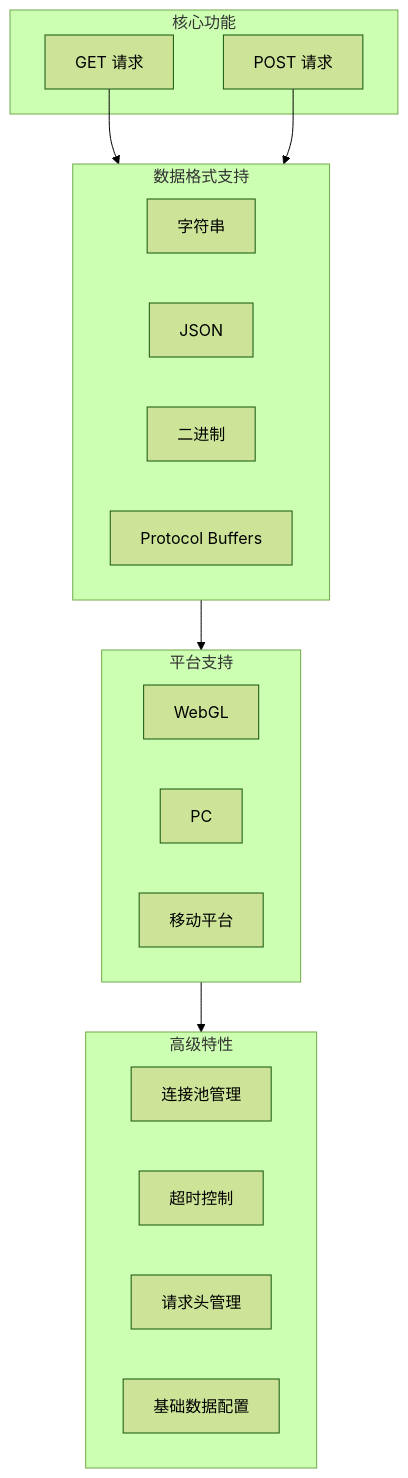
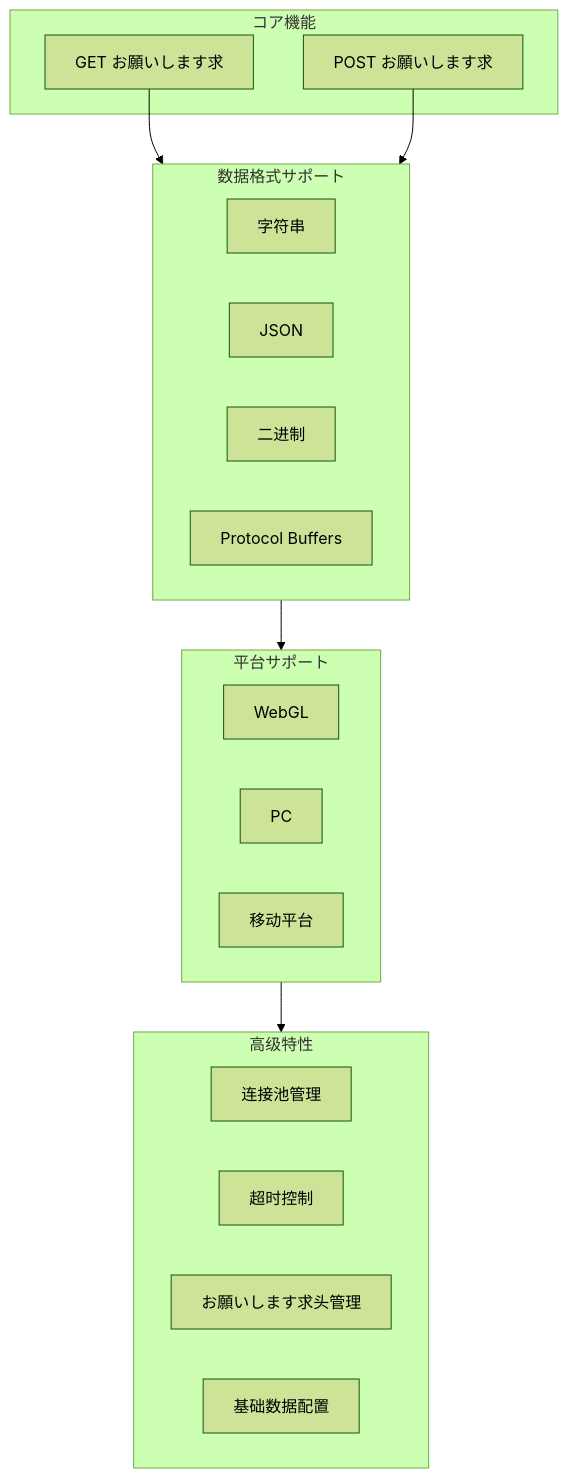
The first of 3 diagrams in docs/ja/client/unity/component/web/01.overview.md (AlianBlank/GameFrameX.Docs), drawn with Mermaid (forest theme) before and after one commit. The commit also changed other lines of this file and 603 other files, not shown here.

````diff
--- a/docs/ja/client/unity/component/web/01.overview.md
+++ b/docs/ja/client/unity/component/web/01.overview.md
@@ -24,32 +24,32 @@
 ```mermaid
 flowchart TD
-    subgraph Core["核心功能"]
-        GET[GET 请求]
-        POST[POST 请求]
+    subgraph Core["コア機能"]
+        GET[GET お願いします求]
+        POST[POST お願いします求]
     end
 
-    subgraph DataFormat["数据格式支持"]
+    subgraph DataFormat["数据格式サポート"]
         STR[字符串]
         JSON[JSON]
         BINARY[二进制]
         PROTO[Protocol Buffers]
     end
 
-    subgraph Platform["平台支持"]
+    subgraph Platform["平台サポート"]
         WEBGL[WebGL]
         PC[PC]
         MOBILE[移动平台]
     end
 
     subgraph Advanced["高级特性"]
         POOL[连接池管理]
         TIMEOUT[超时控制]
-        HEADER[请求头管理]
+        HEADER[お願いします求头管理]
         BASEDATA[基础数据配置]
     end
 
     GET --> DataFormat
     POST --> DataFormat
     DataFormat --> Platform
     Platform --> Advanced
 ```
````
